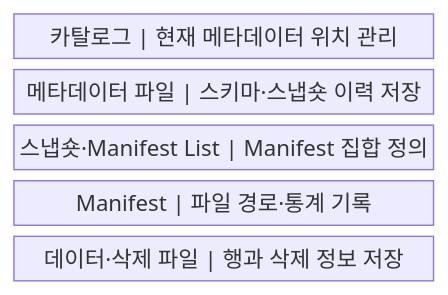
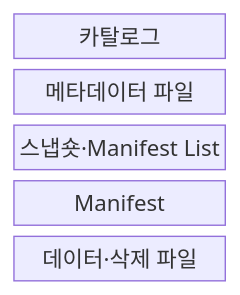
The first of 2 diagrams in src/content/docs/notes/03-software/128_apache_iceberg.md (agnusdei1207/knowledge-base), drawn with Mermaid before and after one commit. The commit also changed other lines of this file and 238 other files, not shown here.

````diff
--- a/src/content/docs/notes/03-software/128_apache_iceberg.md
+++ b/src/content/docs/notes/03-software/128_apache_iceberg.md
@@ -57,9 +57,9 @@
 ```mermaid
-block
+block-beta
     columns 1
-    A["카탈로그 | 현재 메타데이터 위치 관리"]
-    B["메타데이터 파일 | 스키마·스냅숏 이력 저장"]
-    C["스냅숏·Manifest List | Manifest 집합 정의"]
-    D["Manifest | 파일 경로·통계 기록"]
-    E["데이터·삭제 파일 | 행과 삭제 정보 저장"]
+    A["카탈로그"]
+    B["메타데이터 파일"]
+    C["스냅숏·Manifest List"]
+    D["Manifest"]
+    E["데이터·삭제 파일"]
 ```
````
